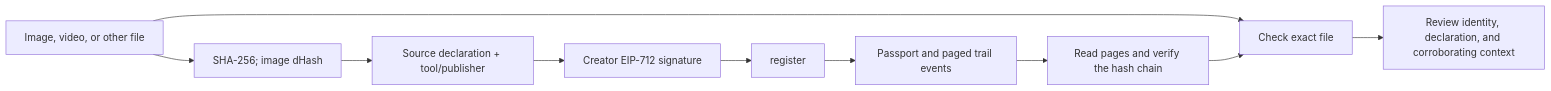
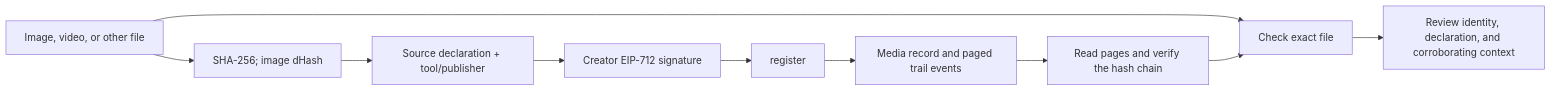
One commit to utkarsh-wadalkar/ProvenanceX changed the diagram in README.md. Above: the diagram before and after it, drawn with Mermaid. The commit also changed other lines of this file and 109 other files, not shown here.

````diff
--- a/README.md
+++ b/README.md
@@ -34,12 +34,12 @@
 ```mermaid
 flowchart LR
     A[Image, video, or other file] --> B[SHA-256; image dHash]
     B --> C[Source declaration + tool/publisher]
     C --> D[Creator EIP-712 signature]
     D --> E[register]
-    E --> F[Passport and paged trail events]
+    E --> F[Media record and paged trail events]
     F --> G[Read pages and verify the hash chain]
     A --> H[Check exact file]
     G --> H
     H --> I[Review identity, declaration, and corroborating context]
 ```
````
